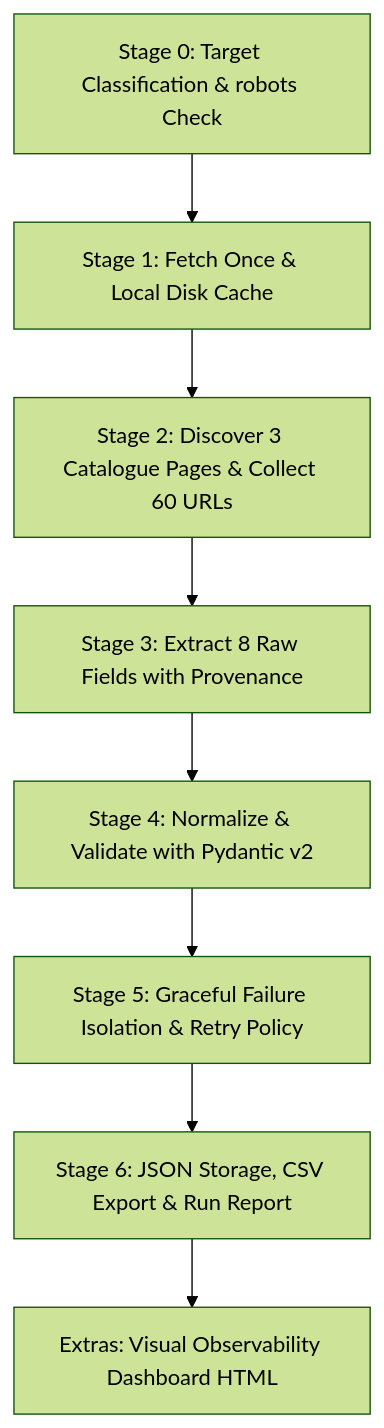
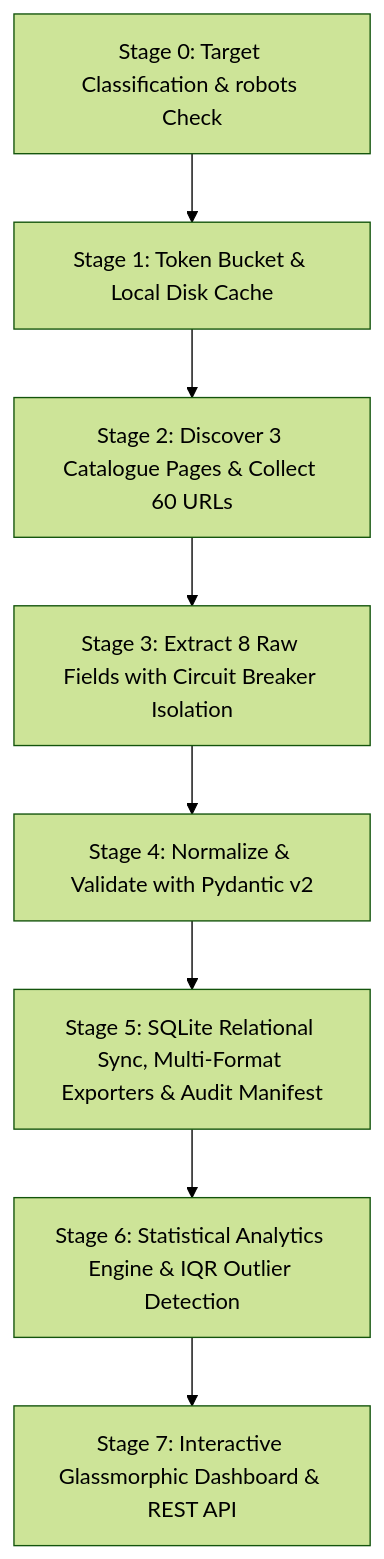
One commit to AliWahid1310/polite-web-scraper changed the diagram in README.md. Above: the diagram before and after it, drawn with Mermaid (forest theme). The commit also changed other lines of this file, not shown here.

Commit message:
docs(readme): revamp README with interactive UI screenshots, architecture diagrams, and badges

````diff
--- a/README.md
+++ b/README.md
@@ -54,10 +62,10 @@
 ```mermaid
 graph TD
-    A[Stage 0: Target Classification & robots Check] --> B[Stage 1: Fetch Once & Local Disk Cache]
+    A[Stage 0: Target Classification & robots Check] --> B[Stage 1: Token Bucket & Local Disk Cache]
     B --> C[Stage 2: Discover 3 Catalogue Pages & Collect 60 URLs]
-    C --> D[Stage 3: Extract 8 Raw Fields with Provenance]
+    C --> D[Stage 3: Extract 8 Raw Fields with Circuit Breaker Isolation]
     D --> E[Stage 4: Normalize & Validate with Pydantic v2]
-    E --> F[Stage 5: Graceful Failure Isolation & Retry Policy]
-    F --> G[Stage 6: JSON Storage, CSV Export & Run Report]
-    G --> H[Extras: Visual Observability Dashboard HTML]
+    E --> F[Stage 5: SQLite Relational Sync, Multi-Format Exporters & Audit Manifest]
+    F --> G[Stage 6: Statistical Analytics Engine & IQR Outlier Detection]
+    G --> H[Stage 7: Interactive Glassmorphic Dashboard & REST API]
 ```
````
